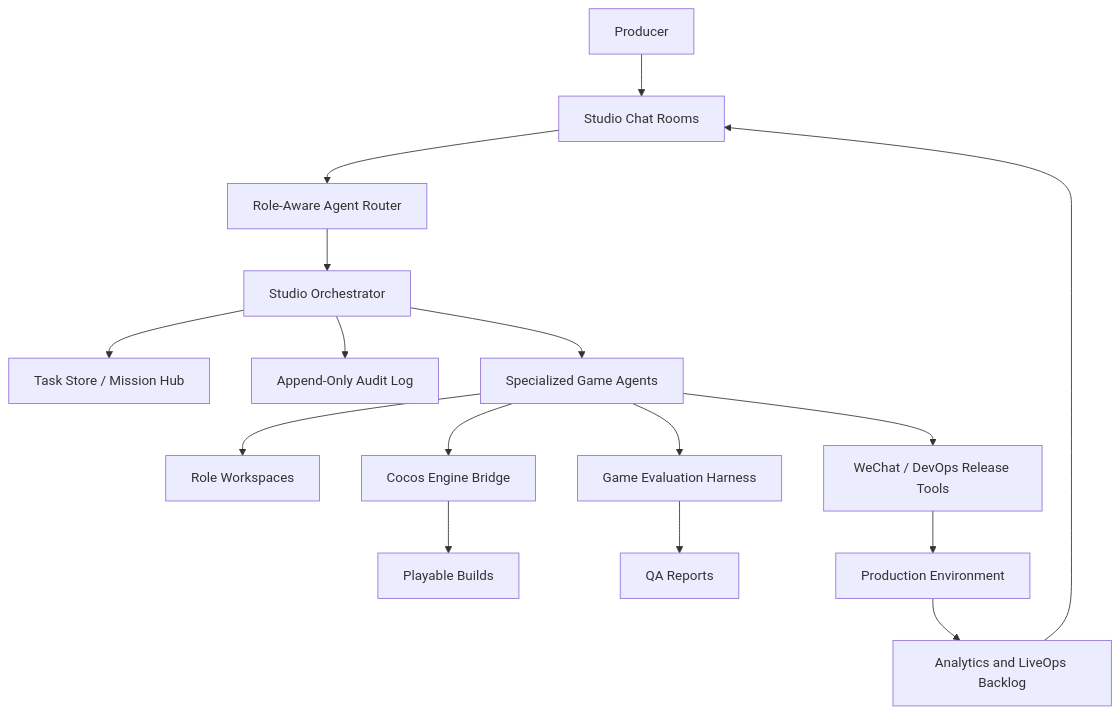
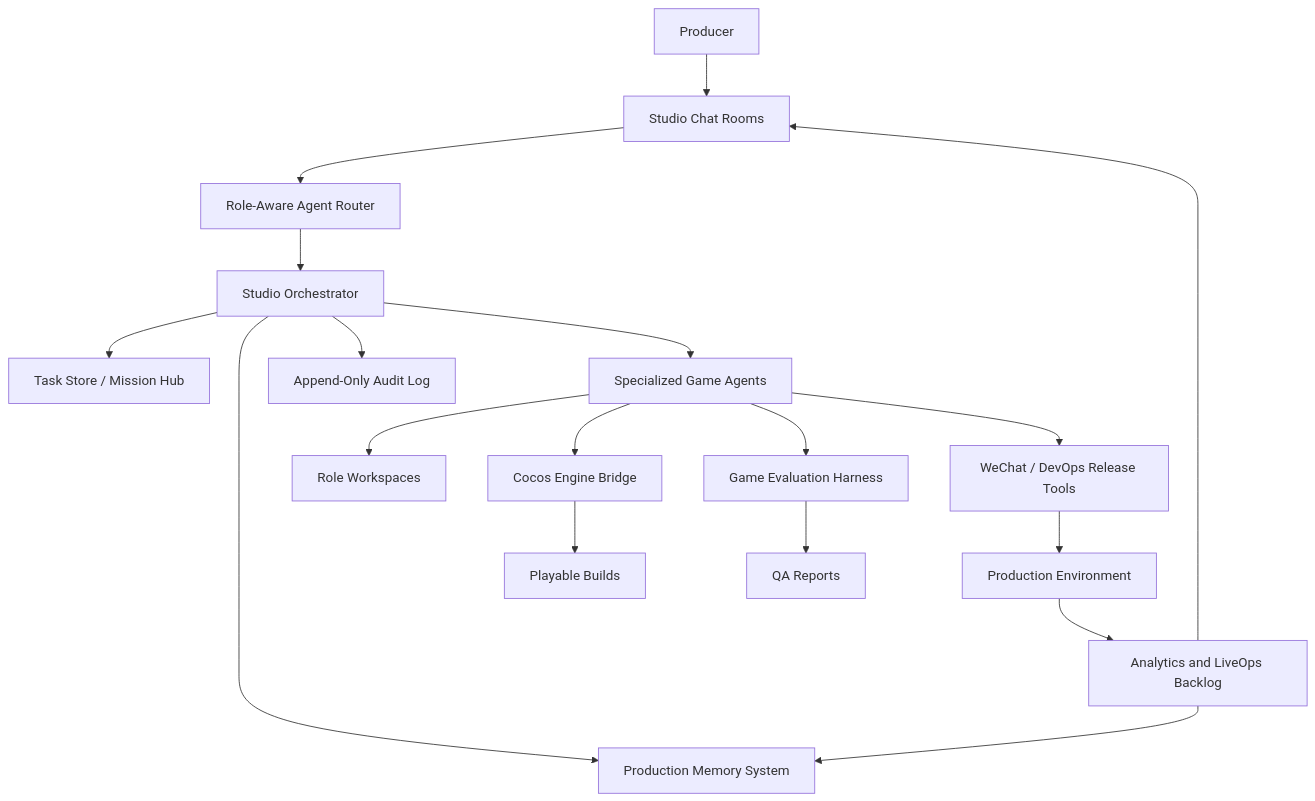
One commit to Three-Walkers/be-the-producer changed the second of 2 diagrams in README.md. Above: the diagram before and after it, drawn with Mermaid. The commit also changed other lines of this file and 1 other file, not shown here.

Commit message:
docs: add production memory system

````diff
--- a/README.md
+++ b/README.md
@@ -394,18 +466,20 @@
 ```mermaid
 flowchart TB
     U["Producer"] --> CHAT["Studio Chat Rooms"]
     CHAT --> ROUTER["Role-Aware Agent Router"]
     ROUTER --> ORCH["Studio Orchestrator"]
     ORCH --> TASKS["Task Store / Mission Hub"]
+    ORCH --> MEMORY["Production Memory System"]
     ORCH --> AUDIT["Append-Only Audit Log"]
     ORCH --> AGENTS["Specialized Game Agents"]
     AGENTS --> WORKSPACE["Role Workspaces"]
     AGENTS --> COCOS["Cocos Engine Bridge"]
     AGENTS --> QA["Game Evaluation Harness"]
     AGENTS --> RELEASE["WeChat / DevOps Release Tools"]
     COCOS --> BUILD["Playable Builds"]
     QA --> REPORTS["QA Reports"]
     RELEASE --> PROD["Production Environment"]
     PROD --> LIVEOPS["Analytics and LiveOps Backlog"]
+    LIVEOPS --> MEMORY
     LIVEOPS --> CHAT
 ```
````
